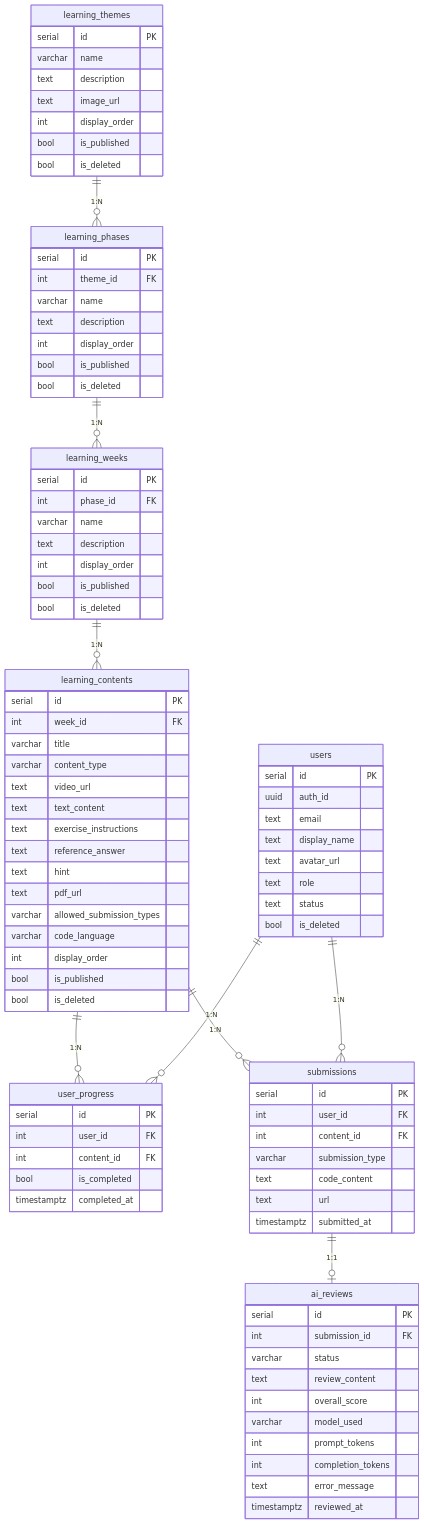
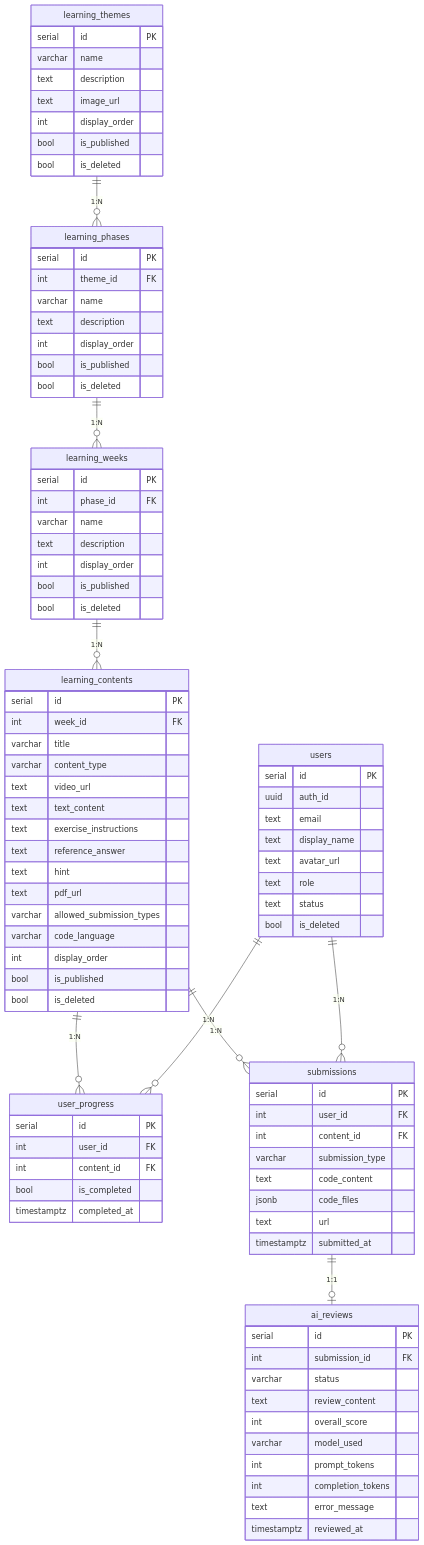
One commit to Singuralitylabs/sinlab-study changed the diagram in docs/database.md. Above: the diagram before and after it, drawn with Mermaid. The commit also changed other lines of this file and 17 other files, not shown here.

```diff
--- a/docs/database.md
+++ b/docs/database.md
@@ -101,6 +101,7 @@
         int content_id FK
         varchar submission_type
         text code_content
+        jsonb code_files
         text url
         timestamptz submitted_at
     }
```
